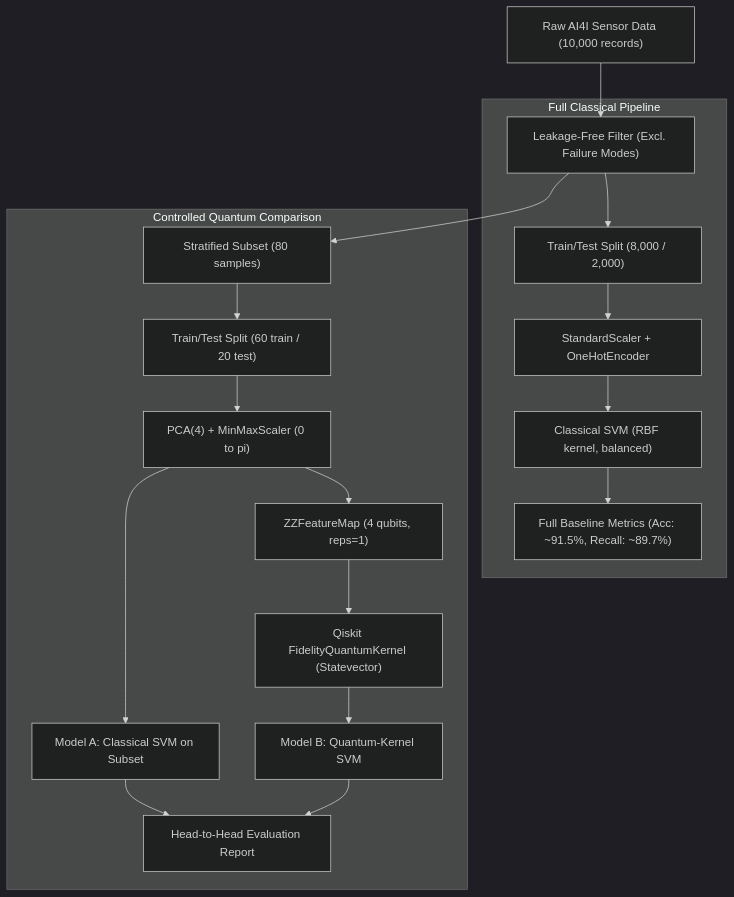
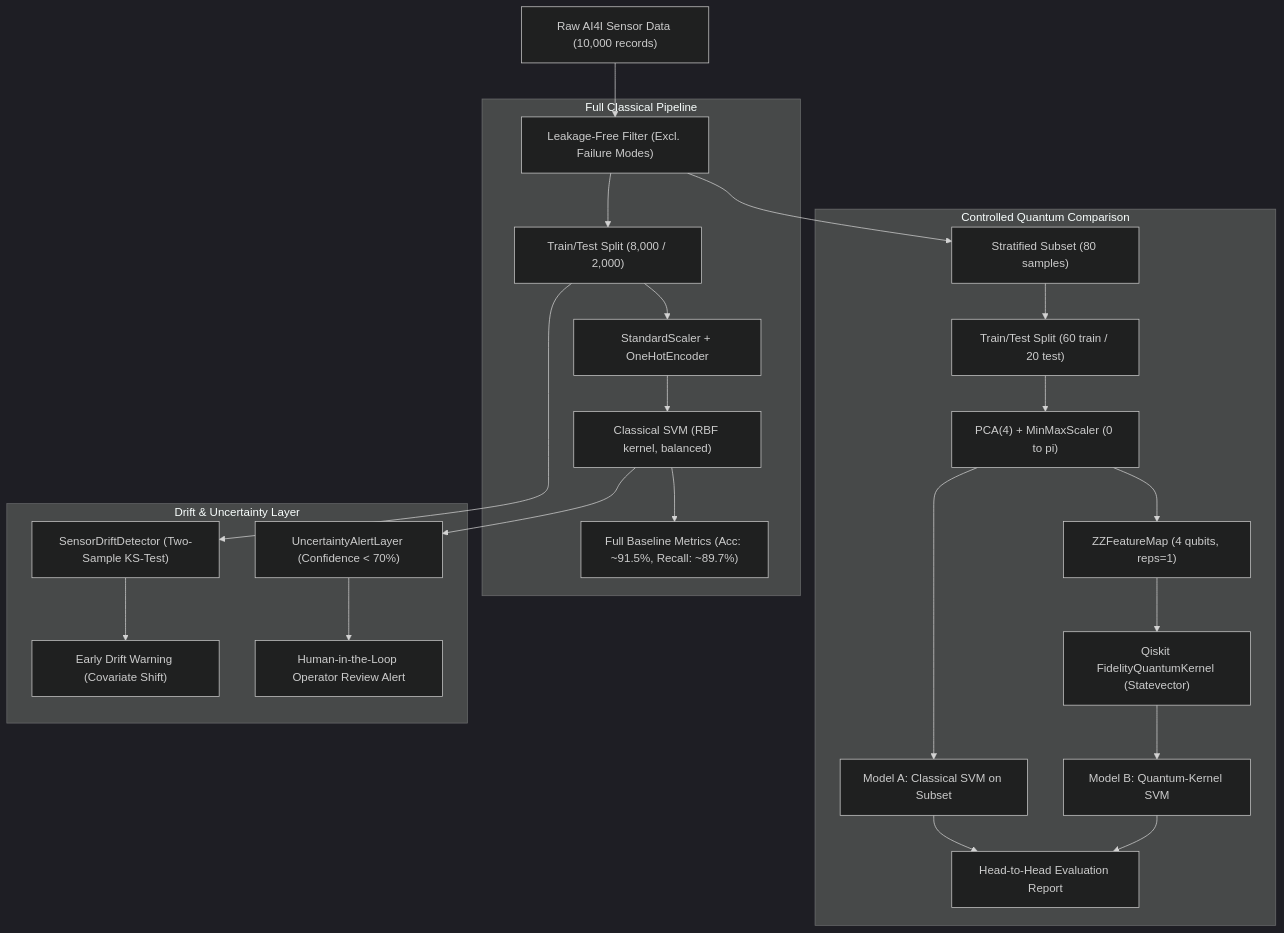
One commit to vtu-qiskit-fall-fest-2026/vtu-hc-phantoms changed the diagram in README.md. Above: the diagram before and after it, drawn with Mermaid (dark theme). The commit also changed other lines of this file and 4 other files, not shown here.

Commit message:
feat: add drift detection and uncertainty alerts

````diff
--- a/README.md
+++ b/README.md
@@ -126,22 +148,29 @@
 ```mermaid
 flowchart TD
     A["Raw AI4I Sensor Data (10,000 records)"] --> B["Leakage-Free Filter (Excl. Failure Modes)"]
 
     subgraph Full Classical Pipeline
         B --> C1["Train/Test Split (8,000 / 2,000)"]
         C1 --> D1["StandardScaler + OneHotEncoder"]
         D1 --> E1["Classical SVM (RBF kernel, balanced)"]
         E1 --> F1["Full Baseline Metrics (Acc: ~91.5%, Recall: ~89.7%)"]
     end
 
     subgraph Controlled Quantum Comparison
         B --> C2["Stratified Subset (80 samples)"]
         C2 --> D2["Train/Test Split (60 train / 20 test)"]
         D2 --> E2["PCA(4) + MinMaxScaler (0 to pi)"]
         E2 --> F2["Model A: Classical SVM on Subset"]
         E2 --> G2["ZZFeatureMap (4 qubits, reps=1)"]
         G2 --> H2["Qiskit FidelityQuantumKernel (Statevector)"]
         H2 --> I2["Model B: Quantum-Kernel SVM"]
         F2 & I2 --> J2["Head-to-Head Evaluation Report"]
     end
+
+    subgraph Drift & Uncertainty Layer
+        C1 --> K1["SensorDriftDetector (Two-Sample KS-Test)"]
+        K1 --> L1["Early Drift Warning (Covariate Shift)"]
+        E1 --> M1["UncertaintyAlertLayer (Confidence < 70%)"]
+        M1 --> N1["Human-in-the-Loop Operator Review Alert"]
+    end
 ```
````
